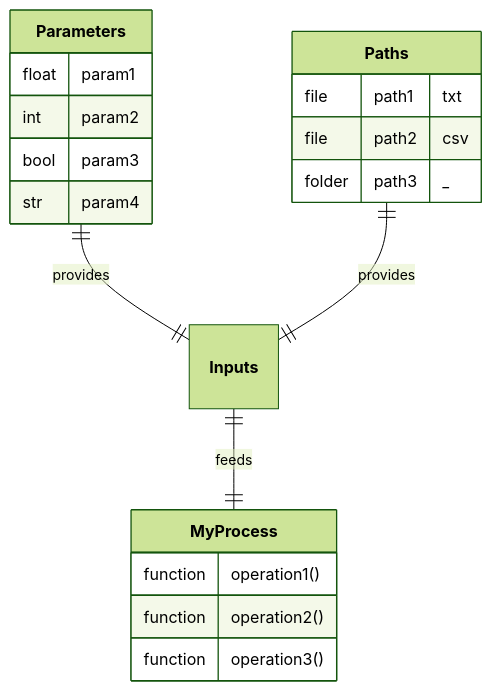
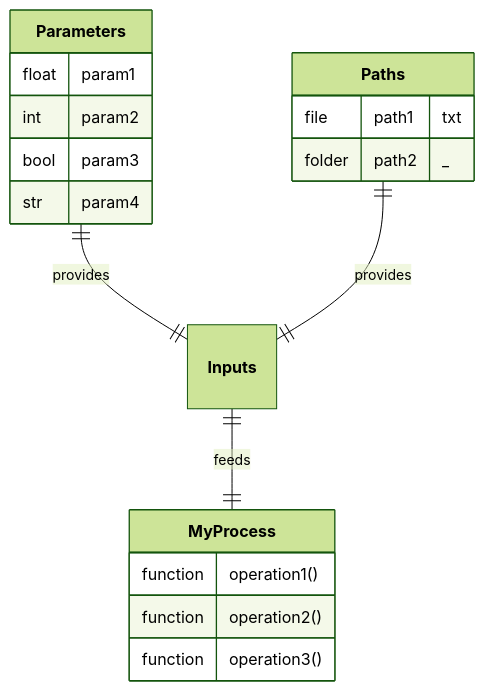
Before and after one commit to nuremics/nuremics: the second of 9 diagrams in README.md, drawn with Mermaid (forest theme). The commit also changed other lines of this file, not shown here.

````diff
--- a/README.md
+++ b/README.md
@@ -101,23 +100,22 @@
 ```mermaid
 erDiagram
   **Parameters** ||--|| **Inputs** : provides
   **Paths** ||--|| **Inputs** : provides
   **Inputs** ||--|| **MyProcess** : feeds
 
   **Parameters** {
     float param1
     int param2
     bool param3
     str param4
   }
   **Paths** {
     file path1 "txt"
-    file path2 "csv"
-    folder path3 "_"
+    folder path2 "_"
   }
   **MyProcess** {
     function operation1()
     function operation2()
     function operation3()
   }
 ```
````
